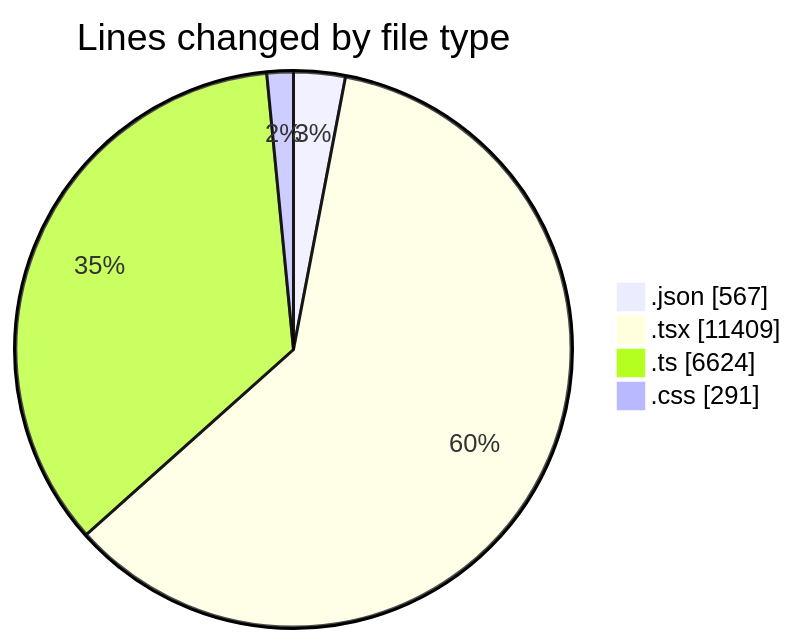
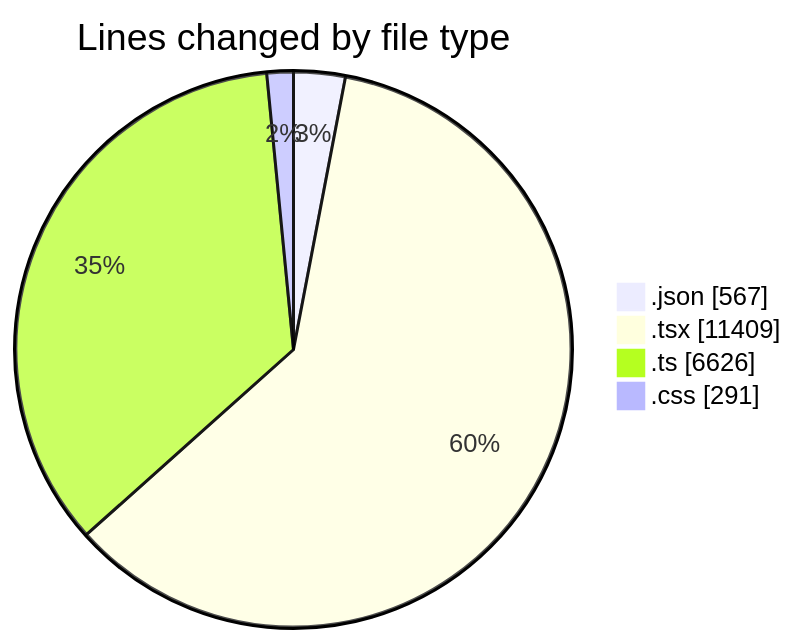
The first of 2 diagrams in 2025-10-07/eventscop-frontend-guide__workspace_/README.md (julien-gomy/code-tracking), drawn with Mermaid before and after one commit. The commit also changed other lines of this file and 1 other file, not shown here.

````diff
--- a/2025-10-07/eventscop-frontend-guide__workspace_/README.md
+++ b/2025-10-07/eventscop-frontend-guide__workspace_/README.md
@@ -97,8 +97,8 @@
 ```mermaid
 pie showData
 title Lines changed by file type
 ".json" : 567
 ".tsx" : 11409
-".ts" : 6624
+".ts" : 6626
 ".css" : 291
 ```
````
